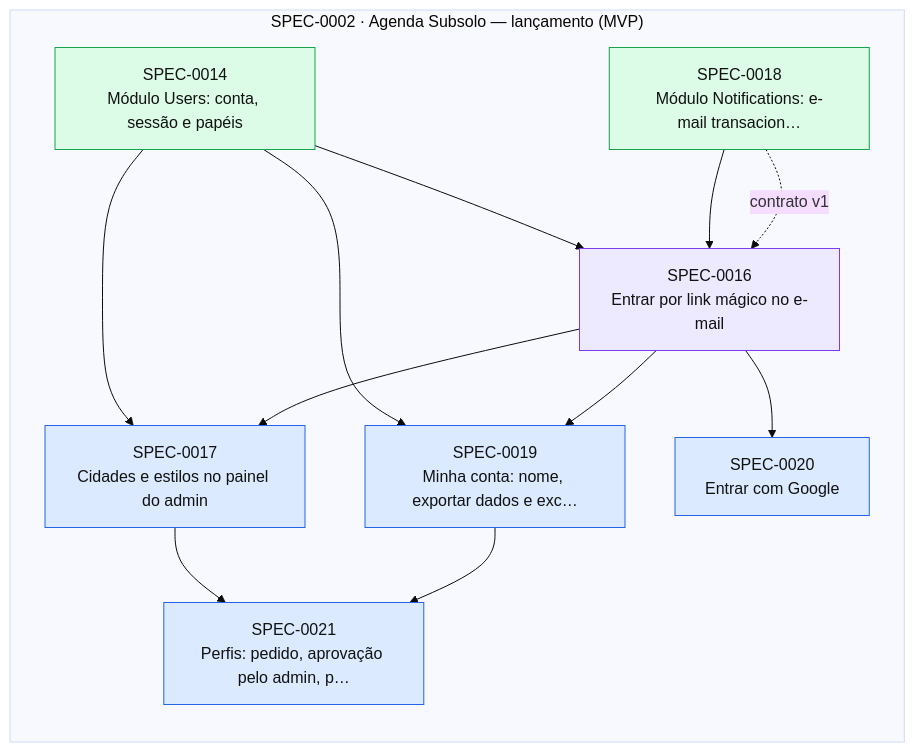
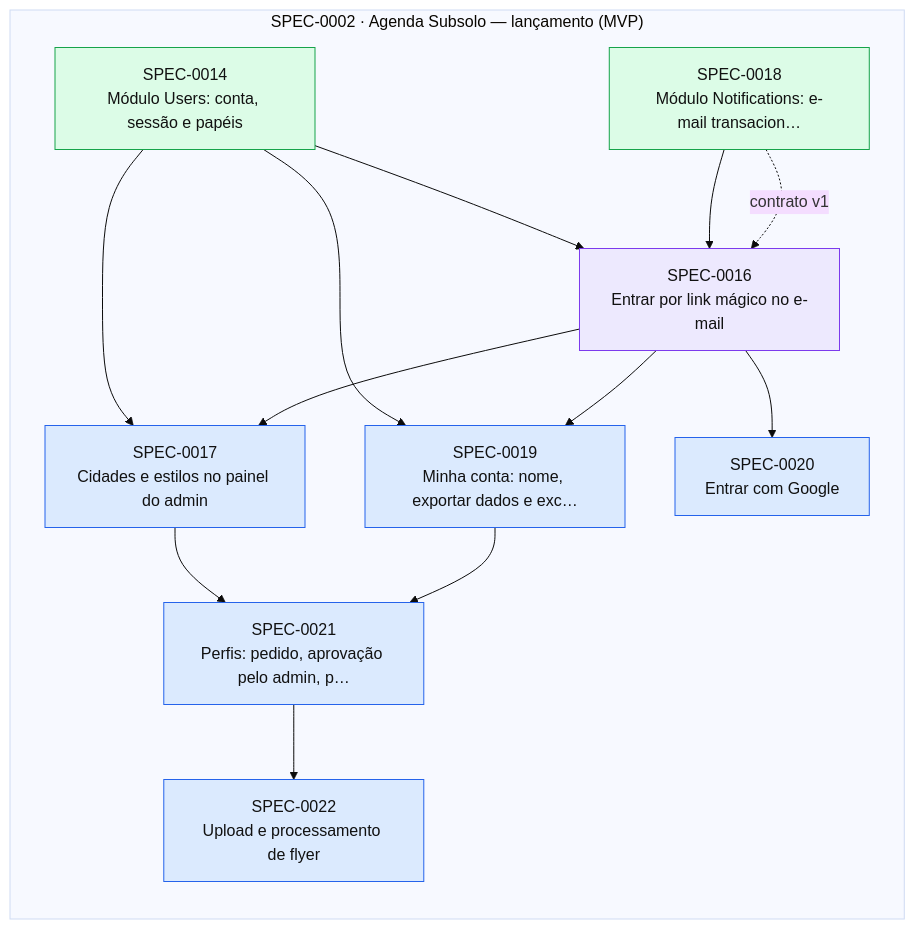
The diagram in docs/specs/INDEX.md (thomasravache/subsolo), drawn with Mermaid (base theme) before and after one commit. The commit also changed other lines of this file and 2 other files, not shown here.

First line of the commit message:
docs(sdd): add and approve SPEC-0022 (flyer upload) under the standing autopilot

````diff
--- a/docs/specs/INDEX.md
+++ b/docs/specs/INDEX.md
@@ -69,27 +70,29 @@
 ```mermaid
 flowchart LR
   subgraph E0002["SPEC-0002 · Agenda Subsolo — lançamento (MVP)"]
     S0014["SPEC-0014<br/>Módulo Users: conta, sessão e papéis"]:::implemented
     S0016["SPEC-0016<br/>Entrar por link mágico no e-mail"]:::inprogress
     S0017["SPEC-0017<br/>Cidades e estilos no painel do admin"]:::approved
     S0018["SPEC-0018<br/>Módulo Notifications: e-mail transacion…"]:::implemented
     S0019["SPEC-0019<br/>Minha conta: nome, exportar dados e exc…"]:::approved
     S0020["SPEC-0020<br/>Entrar com Google"]:::approved
     S0021["SPEC-0021<br/>Perfis: pedido, aprovação pelo admin, p…"]:::approved
+    S0022["SPEC-0022<br/>Upload e processamento de flyer"]:::approved
   end
   S0014 --> S0016
   S0018 --> S0016
   S0018 -. contrato v1 .-> S0016
   S0014 --> S0017
   S0016 --> S0017
   S0014 --> S0019
   S0016 --> S0019
   S0016 --> S0020
   S0017 --> S0021
   S0019 --> S0021
+  S0021 --> S0022
   classDef proposed fill:#fef3c7,stroke:#d97706,color:#111
   classDef approved fill:#dbeafe,stroke:#2563eb,color:#111
   classDef inprogress fill:#ede9fe,stroke:#7c3aed,color:#111
   classDef implemented fill:#dcfce7,stroke:#16a34a,color:#111
   classDef deprecated fill:#f3f4f6,stroke:#9ca3af,color:#6b7280
 ```
````
